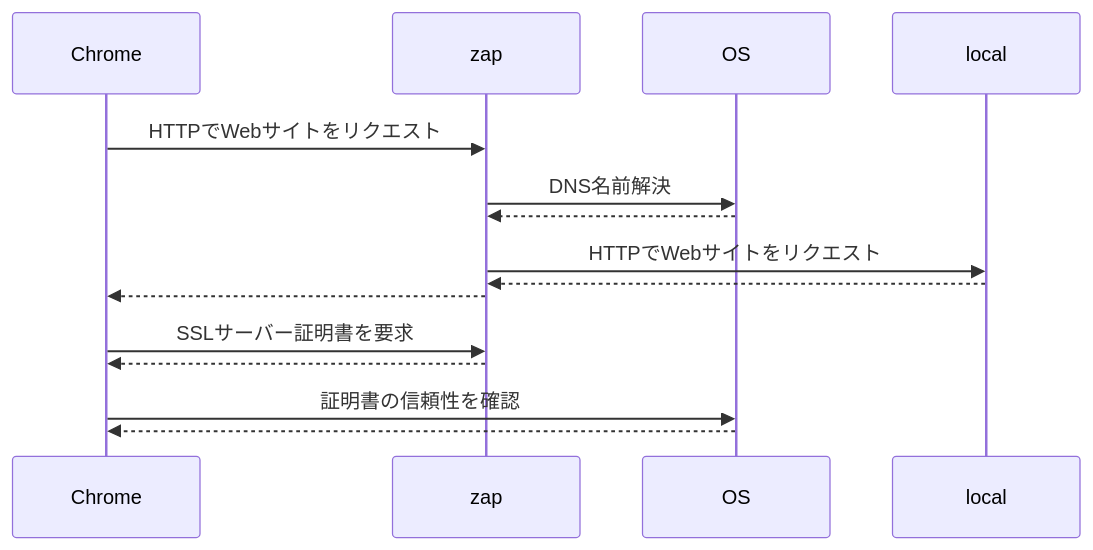
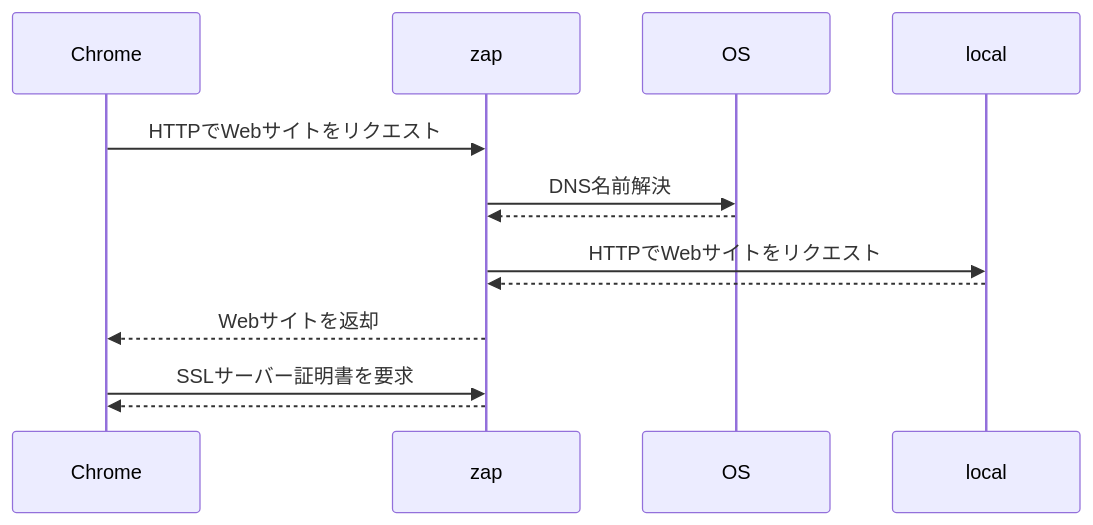
The diagram in articles/owasp-zap-localhost-subdomain.md (xhiroga/zenn-content), drawn with Mermaid before and after one commit.

Commit message:
chore: 少し削る

````diff
--- a/articles/owasp-zap-localhost-subdomain.md
+++ b/articles/owasp-zap-localhost-subdomain.md
@@ -44,14 +44,12 @@
 ```mermaid
 sequenceDiagram
     Chrome->>zap: HTTPでWebサイトをリクエスト
     zap->>OS: DNS名前解決
     OS-->>zap: 
     zap->>local: HTTPでWebサイトをリクエスト
     local-->>zap: 
-    zap-->>Chrome: 
+    zap-->>Chrome: Webサイトを返却
     Chrome->>zap: SSLサーバー証明書を要求
     zap-->>Chrome: 
-    Chrome->>OS: 証明書の信頼性を確認
-    OS-->>Chrome: 
 
 ```
````
